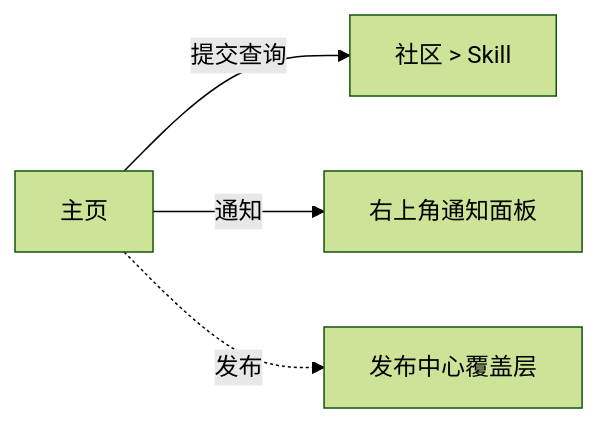
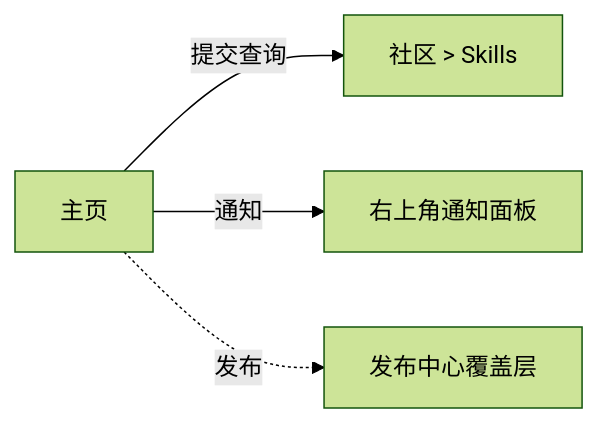
The second of 4 diagrams in docs/RequirementDocument/06_page_architecture.md (HaibinZhang1/EnterpriseAgentHub), drawn with Mermaid (forest theme) before and after one commit. The commit also changed other lines of this file and 133 other files, not shown here.

````diff
--- a/docs/RequirementDocument/06_page_architecture.md
+++ b/docs/RequirementDocument/06_page_architecture.md
@@ -123,7 +125,7 @@
 ```mermaid
 flowchart LR
     HOME["主页"]
-    HOME -->|"提交查询"| COMMUNITY["社区 > Skill"]
+    HOME -->|"提交查询"| COMMUNITY["社区 > Skills"]
     HOME -->|"通知"| NOTIFY["右上角通知面板"]
     HOME -.->|"发布"| PUBLISH["发布中心覆盖层"]
 ```
````
